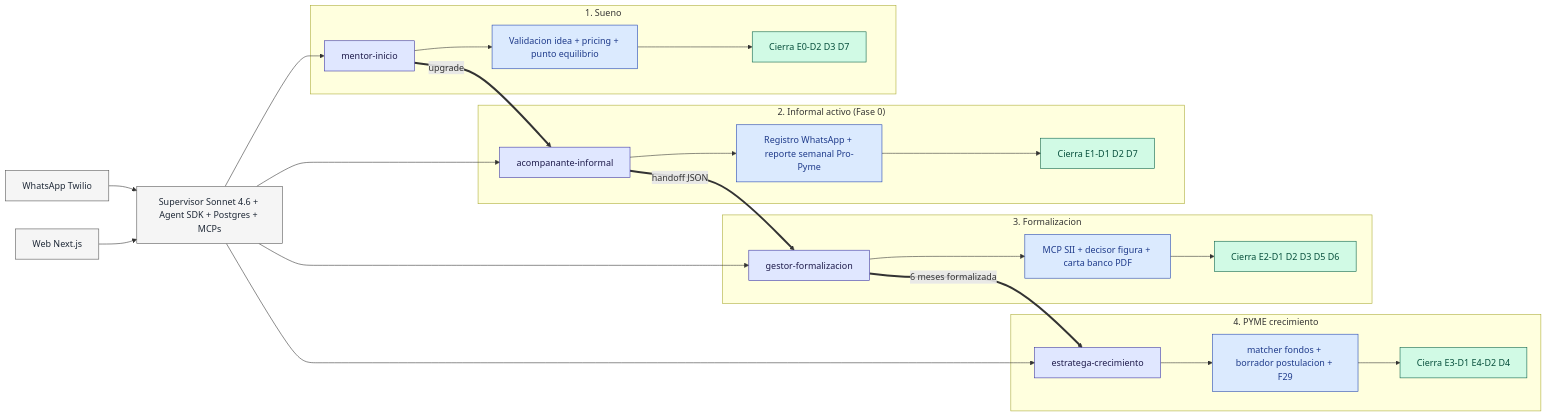
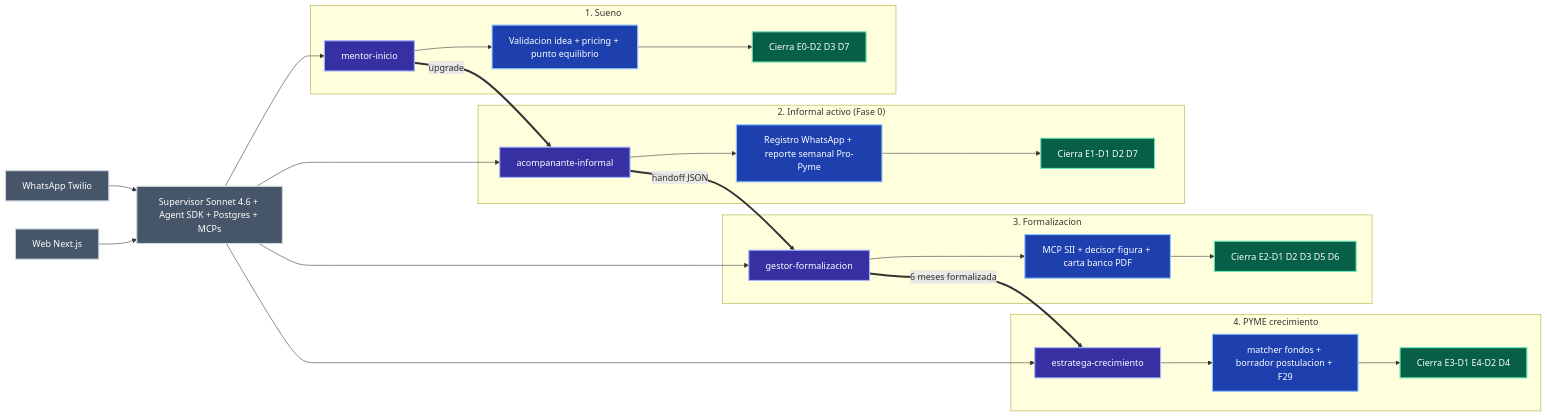
The second of 2 diagrams in docs/tu-plata-mipyme/PRD.md (Hatt3rPi/impactlab_the_clauders), drawn with Mermaid before and after one commit. The commit also changed other lines of this file, not shown here.

Commit message:
fix(prd): mermaid colores dark-mode-friendly + securityLevel loose para clicks (#6)
Problema: en modo dark del wiki el texto de los nodos era ilegible (colores
oscuros sobre fondos también oscuros) y los clicks no abrían links.

Fix:
- Agregado %%{init: {'securityLevel': 'loose'}}%% al inicio de ambos diagramas
  para asegurar que mermaid permita hyperlinks externos
- classDefs invertidos: fondo oscuro saturado + texto blanco (#ffffff) +
  borde claro brillante = alto contraste en dark Y light mode
  - pain: #991b1b (rojo oscuro) + texto blanco + borde rojo claro
  - barrier: #475569 (slate) + texto blanco + borde slate claro
  - abandon: #374151 (gris) + texto gris muy claro
  - agent: #3730a3 (indigo) + texto blanco
  - tool: #1e40af (azul) + texto blanco
  - solved: #065f46 (verde oscuro) + texto blanco
  - tech: #475569 (slate) + texto blanco
- Sintaxis click sin keyword 'href' (validada como única que genera
  <a xlink:href target=_blank> en el SVG)

Validacion: ambos diagramas con `valid: true` + xlink:href count > 0 en SVG

````diff
--- a/docs/tu-plata-mipyme/PRD.md
+++ b/docs/tu-plata-mipyme/PRD.md
@@ -178,57 +179,58 @@
 ```mermaid
+%%{init: {'securityLevel': 'loose'}}%%
 flowchart LR
-    classDef agent fill:#e0e7ff,stroke:#3730a3,color:#1e1b4b
-    classDef tool fill:#dbeafe,stroke:#1e40af,color:#1e3a8a
-    classDef solved fill:#d1fae5,stroke:#065f46,color:#064e3b
-    classDef tech fill:#f5f5f5,stroke:#525252,color:#1f2937
+    classDef agent fill:#3730a3,stroke:#a5b4fc,color:#ffffff,stroke-width:2px
+    classDef tool fill:#1e40af,stroke:#93c5fd,color:#ffffff,stroke-width:2px
+    classDef solved fill:#065f46,stroke:#6ee7b7,color:#ffffff,stroke-width:2px
+    classDef tech fill:#475569,stroke:#cbd5e1,color:#ffffff,stroke-width:2px
 
     WA["WhatsApp Twilio"]:::tech
     WEB["Web Next.js"]:::tech
     SUP["Supervisor Sonnet 4.6 + Agent SDK + Postgres + MCPs"]:::tech
 
     subgraph E1["1. Sueno"]
         AG1["mentor-inicio"]:::agent
         T1["Validacion idea + pricing + punto equilibrio"]:::tool
         S1["Cierra E0-D2 D3 D7"]:::solved
         AG1 --> T1 --> S1
     end
 
     subgraph E2["2. Informal activo (Fase 0)"]
         AG2["acompanante-informal"]:::agent
         T2["Registro WhatsApp + reporte semanal Pro-Pyme"]:::tool
         S2["Cierra E1-D1 D2 D7"]:::solved
         AG2 --> T2 --> S2
     end
 
     subgraph E3["3. Formalizacion"]
         AG3["gestor-formalizacion"]:::agent
         T3["MCP SII + decisor figura + carta banco PDF"]:::tool
         S3["Cierra E2-D1 D2 D3 D5 D6"]:::solved
         AG3 --> T3 --> S3
     end
 
     subgraph E4["4. PYME crecimiento"]
         AG4["estratega-crecimiento"]:::agent
         T4["matcher fondos + borrador postulacion + F29"]:::tool
         S4["Cierra E3-D1 E4-D2 D4"]:::solved
         AG4 --> T4 --> S4
     end
 
     WA --> SUP
     WEB --> SUP
     SUP --> AG1
     SUP --> AG2
     SUP --> AG3
     SUP --> AG4
 
     AG1 ==>|"upgrade"| AG2
     AG2 ==>|"handoff JSON"| AG3
     AG3 ==>|"6 meses formalizada"| AG4
 
     click E1 "https://theclauders.netlify.app/tu-plata-mipyme/plan/#etapa-1-sueno-free" "Etapa Sueno" _blank
     click E2 "https://theclauders.netlify.app/tu-plata-mipyme/plan/#etapa-2-informal-activo-free" "Etapa Informal" _blank
     click E3 "https://theclauders.netlify.app/tu-plata-mipyme/plan/#etapa-3-en-formalizacion-pro" "Etapa Formalizacion" _blank
     click E4 "https://theclauders.netlify.app/tu-plata-mipyme/plan/#etapa-4-pyme-en-crecimiento-plus-marketplace" "Etapa PYME" _blank
     click SUP "https://theclauders.netlify.app/tu-plata-mipyme/plan/#42-componentes-y-tecnologia" "Stack en plan.md" _blank
     click WA "https://theclauders.netlify.app/tu-plata-mipyme/especificaciones/adrs/0004-whatsapp-first-freemium-multiagente/" "ADR-0004" _blank
 ```
````
